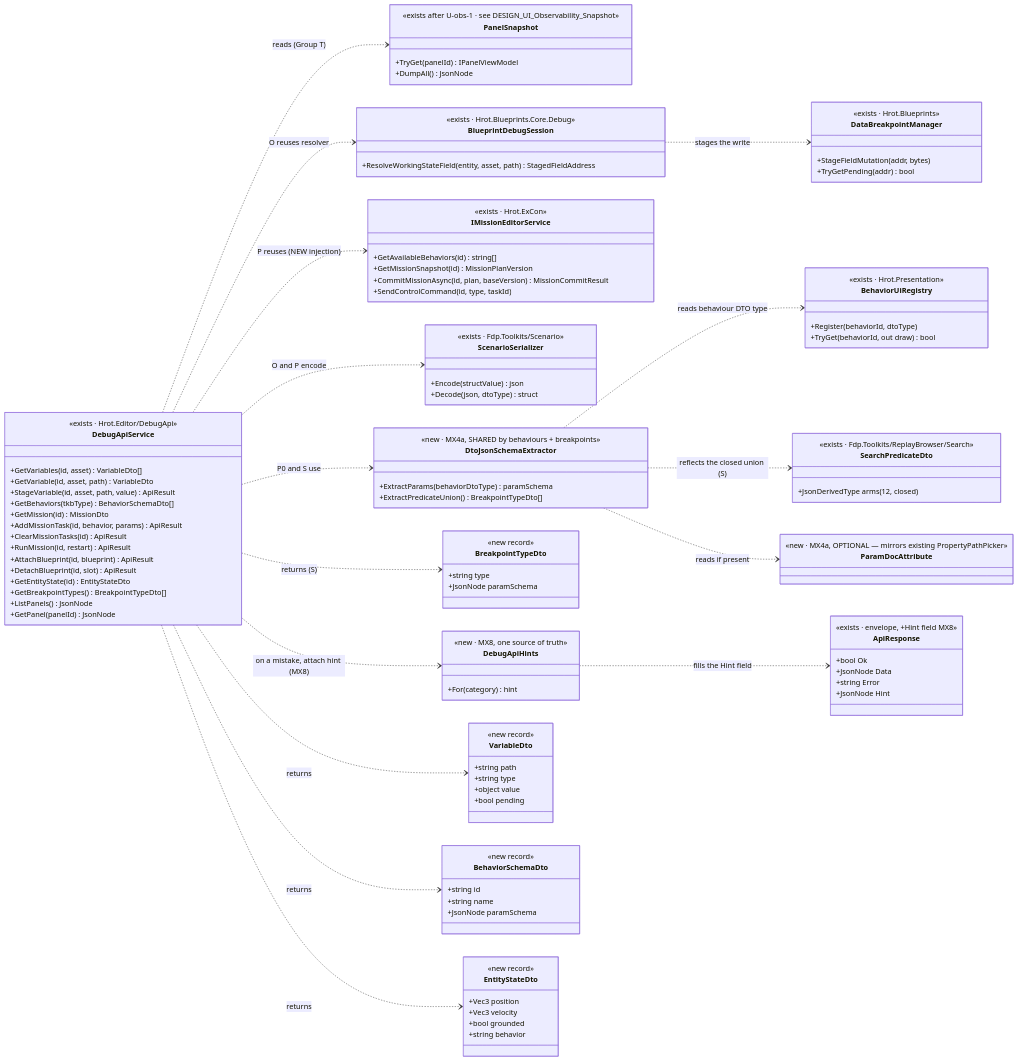
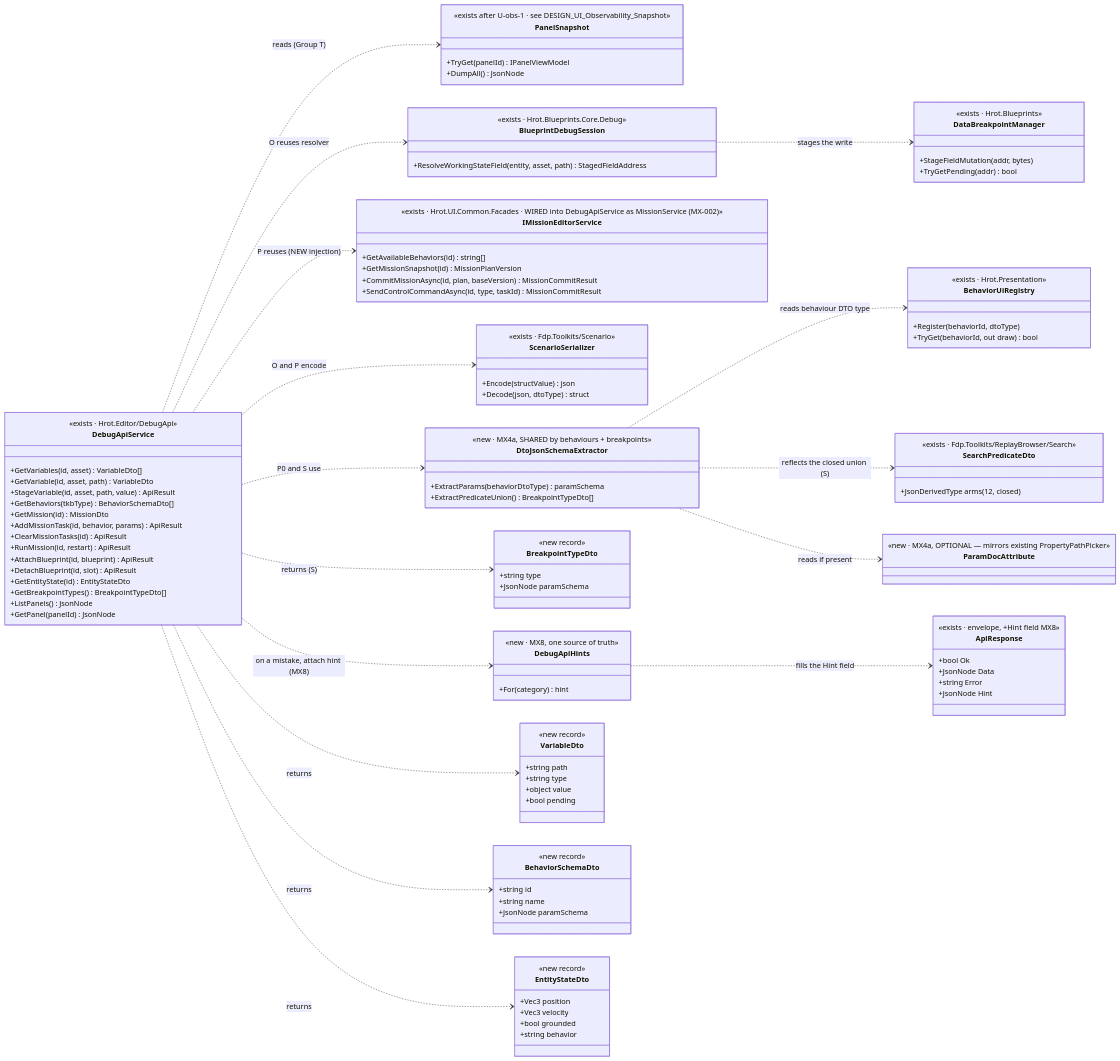
The third of 4 diagrams in docs/MCP_Integration.md (pjanec/HROT), drawn with Mermaid before and after one commit. The commit also changed other lines of this file and 3 other files, not shown here.

```diff
--- a/docs/MCP_Integration.md
+++ b/docs/MCP_Integration.md
@@ -507,11 +518,11 @@
         +TryGetPending(addr) bool
     }
     class IMissionEditorService {
-        <<exists · Hrot.ExCon>>
+        <<exists · Hrot.UI.Common.Facades · WIRED into DebugApiService as MissionService (MX-002)>>
         +GetAvailableBehaviors(id) string[]
         +GetMissionSnapshot(id) MissionPlanVersion
         +CommitMissionAsync(id, plan, baseVersion) MissionCommitResult
-        +SendControlCommand(id, type, taskId)
+        +SendControlCommandAsync(id, type, taskId) MissionCommitResult
     }
     class BehaviorUiRegistry {
         <<exists · Hrot.Presentation>>
```
